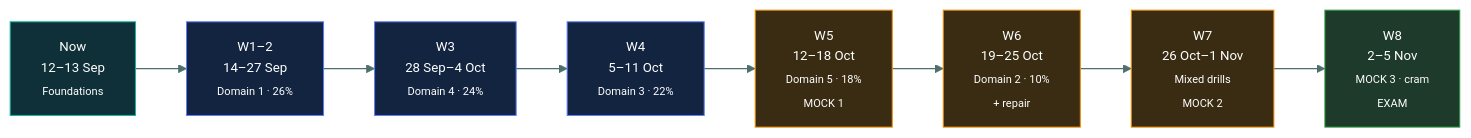
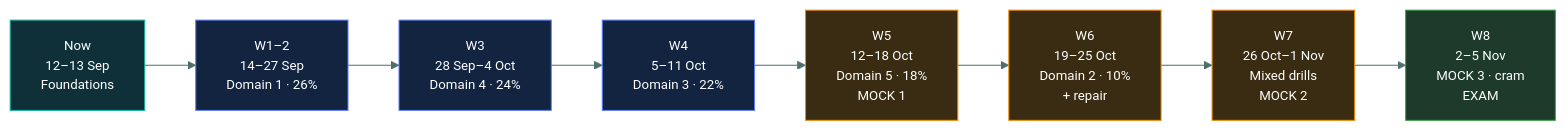
Before and after one commit to tarunTejaDesireddy/cc-exam-prep: the diagram in 00-foundations/study-schedule/README.md, drawn with Mermaid. The commit also changed 15 other files, not shown here.

First line of the commit message:
Fix clipped mermaid labels repo-wide; add privacy topic

````diff
--- a/00-foundations/study-schedule/README.md
+++ b/00-foundations/study-schedule/README.md
@@ -50,20 +50,20 @@
 ```mermaid
 %%{init: {'theme':'base','themeVariables':{'fontSize':'13px','lineColor':'#4d6f6e','textColor':'#dbe7e6'}}}%%
 flowchart LR
-    W0["Now<br/>12–13 Sep<br/><sub>Foundations</sub>"] --> W1["W1–2<br/>14–27 Sep<br/><sub>Domain 1 · 26%</sub>"]
-    W1 --> W3["W3<br/>28 Sep–4 Oct<br/><sub>Domain 4 · 24%</sub>"]
-    W3 --> W4["W4<br/>5–11 Oct<br/><sub>Domain 3 · 22%</sub>"]
-    W4 --> W5["W5<br/>12–18 Oct<br/><sub>Domain 5 · 18%<br/>MOCK 1</sub>"]
-    W5 --> W6["W6<br/>19–25 Oct<br/><sub>Domain 2 · 10%<br/>+ repair</sub>"]
-    W6 --> W7["W7<br/>26 Oct–1 Nov<br/><sub>Mixed drills<br/>MOCK 2</sub>"]
-    W7 --> W8["W8<br/>2–5 Nov<br/><sub>MOCK 3 · cram<br/>EXAM</sub>"]
+    W0["Now<br/>12–13 Sep<br/>Foundations"] --> W1["W1–2<br/>14–27 Sep<br/>Domain 1 · 26%"]
+    W1 --> W3["W3<br/>28 Sep–4 Oct<br/>Domain 4 · 24%"]
+    W3 --> W4["W4<br/>5–11 Oct<br/>Domain 3 · 22%"]
+    W4 --> W5["W5<br/>12–18 Oct<br/>Domain 5 · 18%<br/>MOCK 1"]
+    W5 --> W6["W6<br/>19–25 Oct<br/>Domain 2 · 10%<br/>+ repair"]
+    W6 --> W7["W7<br/>26 Oct–1 Nov<br/>Mixed drills<br/>MOCK 2"]
+    W7 --> W8["W8<br/>2–5 Nov<br/>MOCK 3 · cram<br/>EXAM"]
 
     style W0 fill:#0f3038,stroke:#12B5A5,color:#fff
     style W1 fill:#12243f,stroke:#5C7CFA,color:#fff
     style W3 fill:#12243f,stroke:#5C7CFA,color:#fff
     style W4 fill:#12243f,stroke:#5C7CFA,color:#fff
     style W5 fill:#3a2c12,stroke:#F08C00,color:#fff
     style W6 fill:#3a2c12,stroke:#F08C00,color:#fff
     style W7 fill:#3a2c12,stroke:#F08C00,color:#fff
     style W8 fill:#1d3a2a,stroke:#2F9E44,color:#fff
 ```
````
